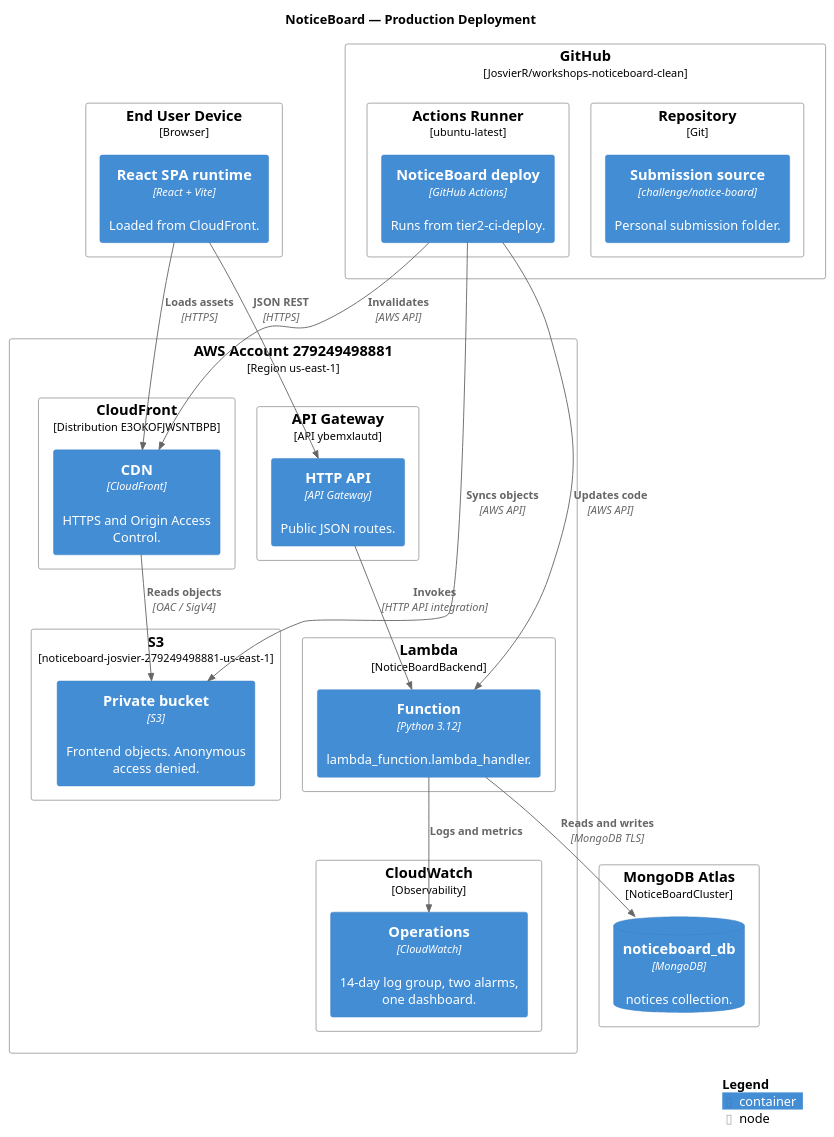
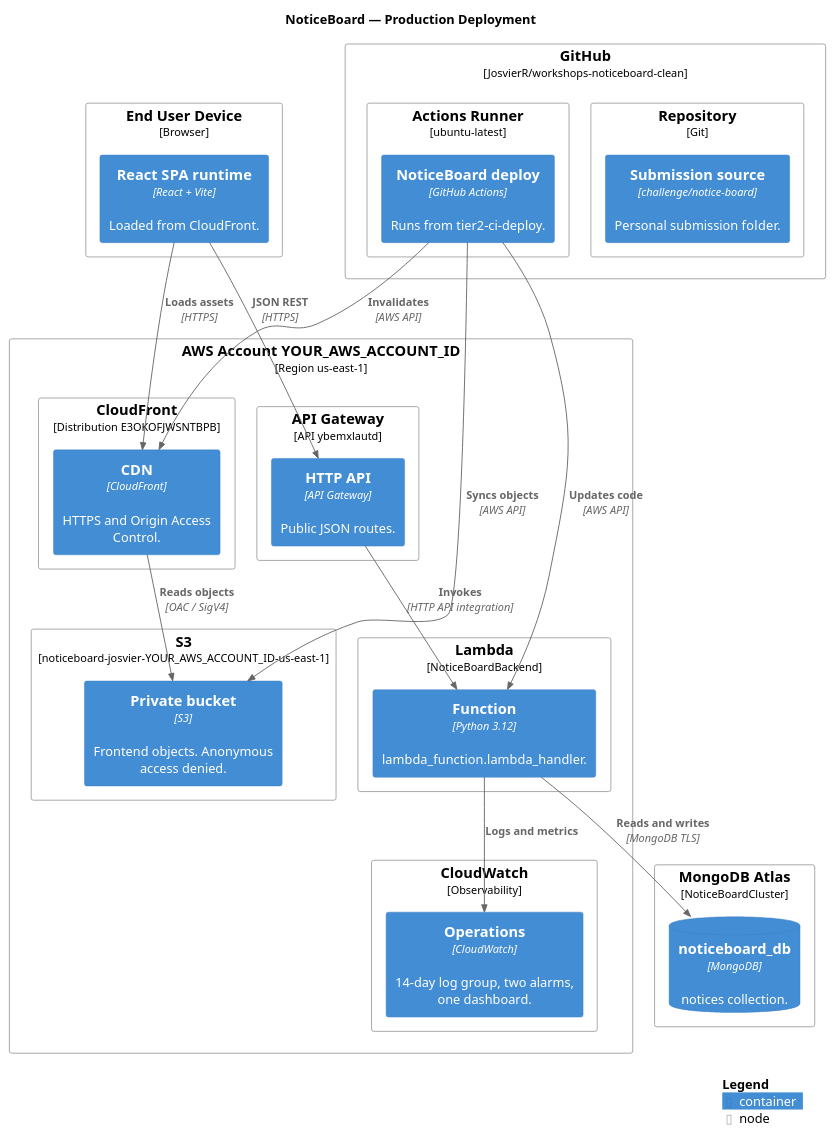
One commit to JosvierR/workshops-noticeboard-clean changed the diagram in workshops/fullstack-aws/projects/submissions/josvier-rodriguez/docs/architecture/c4/05-deployment.puml. Above: the diagram before and after it, drawn with PlantUML.

Commit message:
security: redact AWS account identifier from public docs/architecture/c4/05-deployment.puml

```diff
--- a/workshops/fullstack-aws/projects/submissions/josvier-rodriguez/docs/architecture/c4/05-deployment.puml
+++ b/workshops/fullstack-aws/projects/submissions/josvier-rodriguez/docs/architecture/c4/05-deployment.puml
@@ -1,52 +1,52 @@
 @startuml NoticeBoard Production Deployment
 !include https://raw.githubusercontent.com/plantuml-stdlib/C4-PlantUML/master/C4_Deployment.puml
 
 title NoticeBoard — Production Deployment
 
 Deployment_Node(device, "End User Device", "Browser") {
     Container(spa, "React SPA runtime", "React + Vite", "Loaded from CloudFront.")
 }
 
 Deployment_Node(github, "GitHub", "JosvierR/workshops-noticeboard-clean") {
     Deployment_Node(repository, "Repository", "Git") {
         Container(source, "Submission source", "challenge/notice-board", "Personal submission folder.")
     }
     Deployment_Node(runner, "Actions Runner", "ubuntu-latest") {
         Container(workflow, "NoticeBoard deploy", "GitHub Actions", "Runs from tier2-ci-deploy.")
     }
 }
 
-Deployment_Node(aws, "AWS Account 279249498881", "Region us-east-1") {
+Deployment_Node(aws, "AWS Account YOUR_AWS_ACCOUNT_ID", "Region us-east-1") {
     Deployment_Node(cfnode, "CloudFront", "Distribution E3OKOFJWSNTBPB") {
         Container(cloudfront, "CDN", "CloudFront", "HTTPS and Origin Access Control.")
     }
-    Deployment_Node(s3node, "S3", "noticeboard-josvier-279249498881-us-east-1") {
+    Deployment_Node(s3node, "S3", "noticeboard-josvier-YOUR_AWS_ACCOUNT_ID-us-east-1") {
         Container(bucket, "Private bucket", "S3", "Frontend objects. Anonymous access denied.")
     }
     Deployment_Node(apinode, "API Gateway", "API ybemxlautd") {
         Container(api, "HTTP API", "API Gateway", "Public JSON routes.")
     }
     Deployment_Node(lambdanode, "Lambda", "NoticeBoardBackend") {
         Container(function, "Function", "Python 3.12", "lambda_function.lambda_handler.")
     }
     Deployment_Node(cwnode, "CloudWatch", "Observability") {
         Container(logs, "Operations", "CloudWatch", "14-day log group, two alarms, one dashboard.")
     }
 }
 
 Deployment_Node(atlasnode, "MongoDB Atlas", "NoticeBoardCluster") {
     ContainerDb(database, "noticeboard_db", "MongoDB", "notices collection.")
 }
 
 Rel(spa, cloudfront, "Loads assets", "HTTPS")
 Rel(cloudfront, bucket, "Reads objects", "OAC / SigV4")
 Rel(spa, api, "JSON REST", "HTTPS")
 Rel(api, function, "Invokes", "HTTP API integration")
 Rel(function, database, "Reads and writes", "MongoDB TLS")
 Rel(function, logs, "Logs and metrics")
 Rel(workflow, function, "Updates code", "AWS API")
 Rel(workflow, bucket, "Syncs objects", "AWS API")
 Rel(workflow, cloudfront, "Invalidates", "AWS API")
 
 SHOW_LEGEND()
 @enduml
```
